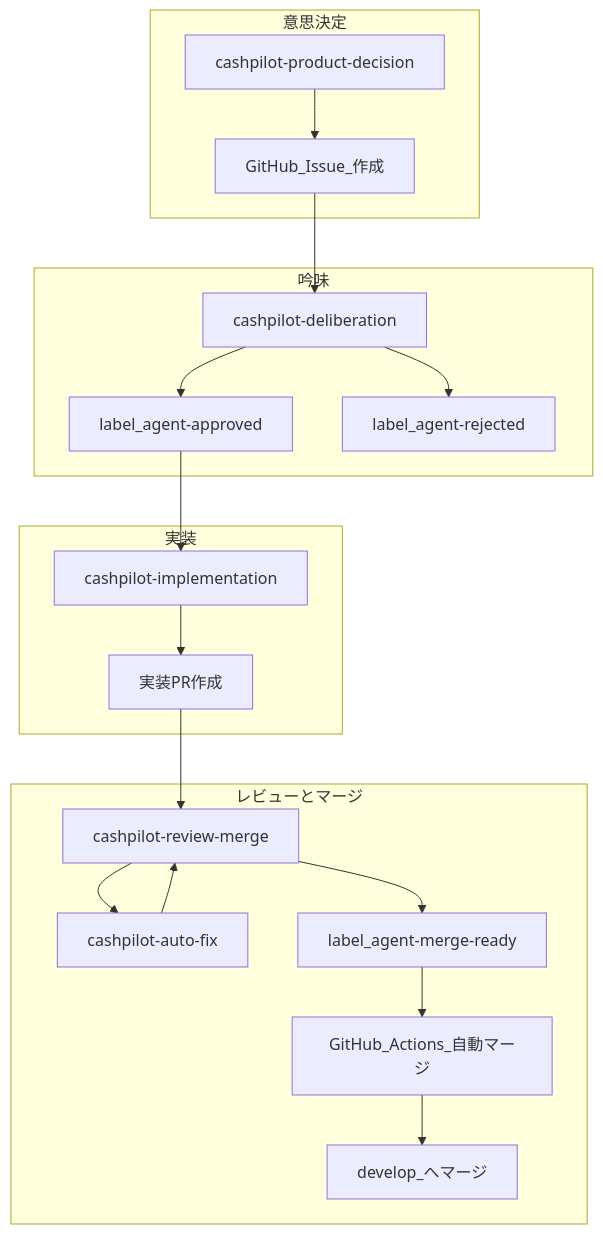
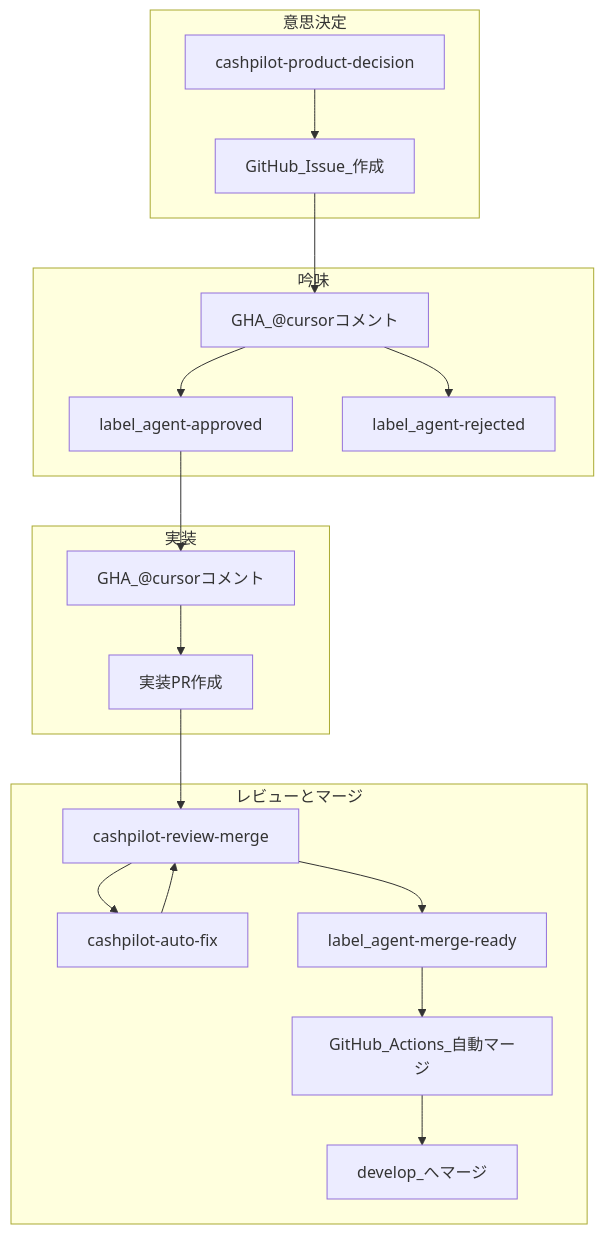
The diagram in docs/cursor-automations/autonomous-org.md (shohei-inoue/cashpilot), drawn with Mermaid before and after one commit. The commit also changed other lines of this file and 4 other files, not shown here.

````diff
--- a/docs/cursor-automations/autonomous-org.md
+++ b/docs/cursor-automations/autonomous-org.md
@@ -8,31 +8,31 @@
 ```mermaid
 flowchart TB
     subgraph decision [意思決定]
         PD["cashpilot-product-decision"]
         PD --> Issue["GitHub_Issue_作成"]
     end
 
     subgraph deliberation [吟味]
-        DL["cashpilot-deliberation"]
-        Issue --> DL
-        DL --> LabelApproved["label_agent-approved"]
-        DL --> LabelRejected["label_agent-rejected"]
+        GHA_DL["GHA_@cursorコメント"]
+        Issue --> GHA_DL
+        GHA_DL --> LabelApproved["label_agent-approved"]
+        GHA_DL --> LabelRejected["label_agent-rejected"]
     end
 
     subgraph implementation [実装]
-        IM["cashpilot-implementation"]
-        LabelApproved --> IM
-        IM --> PR["実装PR作成"]
+        GHA_IM["GHA_@cursorコメント"]
+        LabelApproved --> GHA_IM
+        GHA_IM --> PR["実装PR作成"]
     end
 
     subgraph reviewMerge [レビューとマージ]
         RM["cashpilot-review-merge"]
         AF["cashpilot-auto-fix"]
         PR --> RM
         RM --> AF
         AF --> RM
         RM --> MergeReady["label_agent-merge-ready"]
         MergeReady --> GHA["GitHub_Actions_自動マージ"]
         GHA --> Develop["develop_へマージ"]
     end
 ```
````
